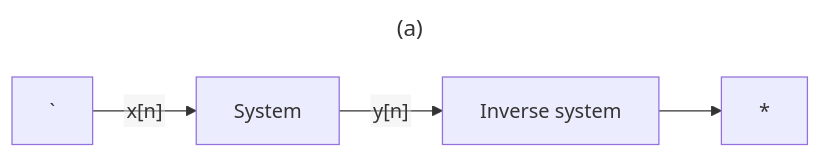
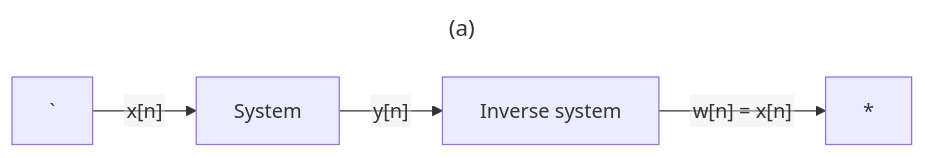
One commit to setrar/dsp changed the sixth of 6 diagrams in signal-processing/kutz/5/README.md. Above: the diagram before and after it, drawn with Mermaid.

````diff
--- a/signal-processing/kutz/5/README.md
+++ b/signal-processing/kutz/5/README.md
@@ -147,10 +147,10 @@
 ```mermaid
 ---
 title: (a)
 ---
 %%{init: {"flowchart": {"htmlLabels": false}} }%%
 flowchart LR
     ` -->|"x[n]"| F[System]
     F -->|"y[n]"| G[Inverse system]
-    G --> *
+    G -->|"w[n] = x[n]"| *
 ```
````
